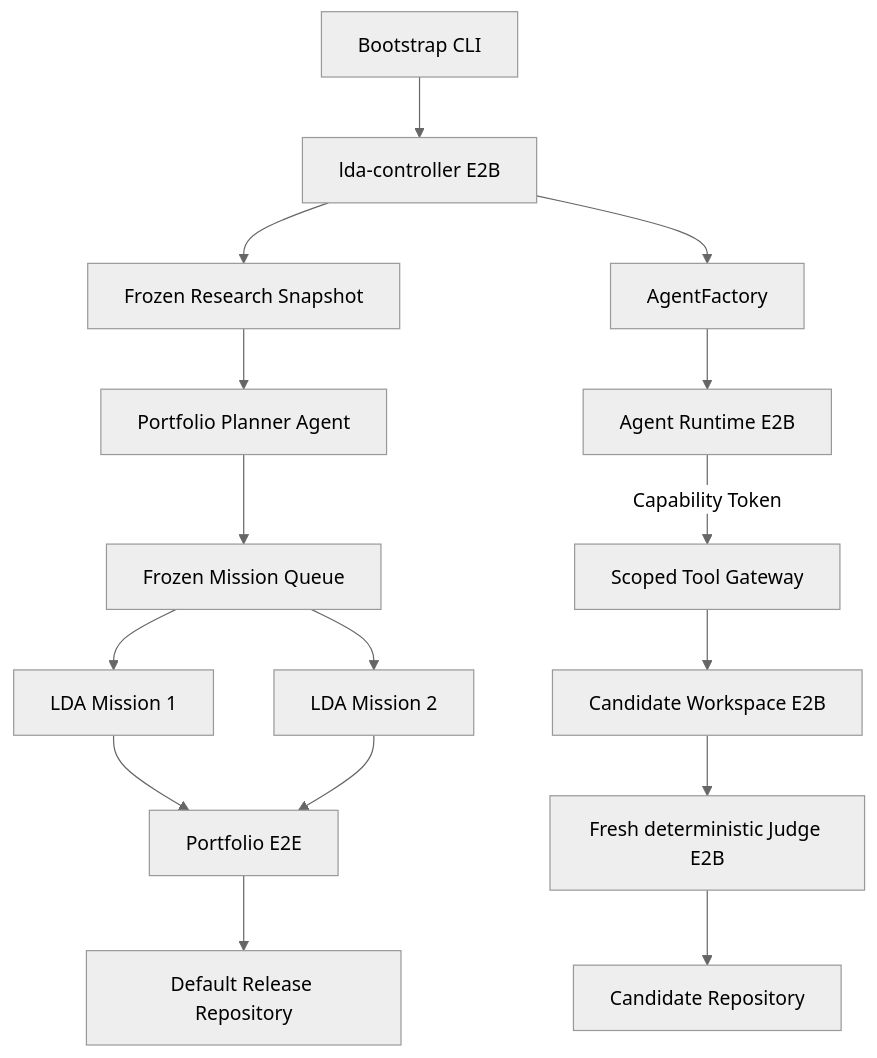
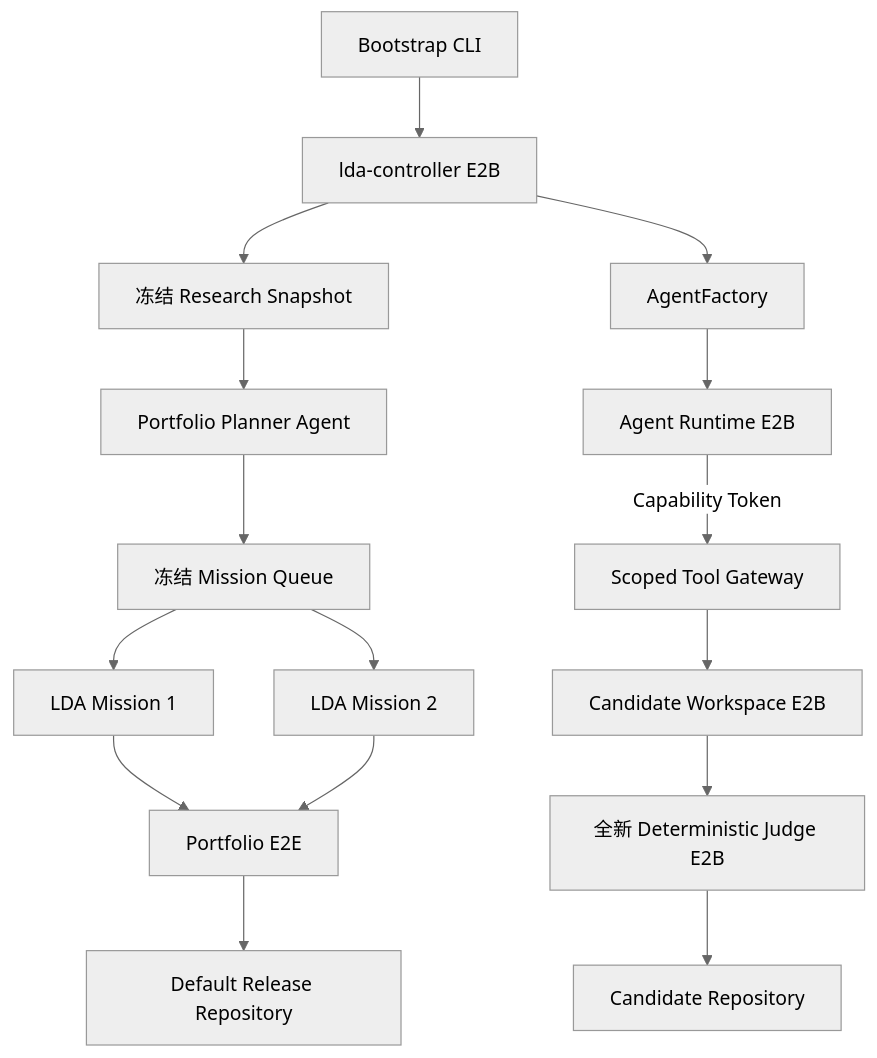
The first of 2 diagrams in docs/FLOW.md (yisun219/LDA-HM-AS), drawn with Mermaid (neutral theme) before and after one commit. The commit also changed other lines of this file and 57 other files, not shown here.

Commit message:
complete Linux Development Agent production flow

````diff
--- a/docs/FLOW.md
+++ b/docs/FLOW.md
@@ -3,18 +7,18 @@
 ```mermaid
 flowchart TD
   CLI[Bootstrap CLI] --> C[lda-controller E2B]
-  C --> RS[Frozen Research Snapshot]
+  C --> RS[冻结 Research Snapshot]
   RS --> PP[Portfolio Planner Agent]
-  PP --> MQ[Frozen Mission Queue]
+  PP --> MQ[冻结 Mission Queue]
   MQ --> M1[LDA Mission 1]
   MQ --> M2[LDA Mission 2]
   M1 --> PE[Portfolio E2E]
   M2 --> PE
   C --> AF[AgentFactory]
   AF --> A[Agent Runtime E2B]
   A -->|Capability Token| TG[Scoped Tool Gateway]
   TG --> W[Candidate Workspace E2B]
-  W --> J[Fresh deterministic Judge E2B]
+  W --> J[全新 Deterministic Judge E2B]
   J --> CR[Candidate Repository]
   PE --> RR[Default Release Repository]
 ```
````
